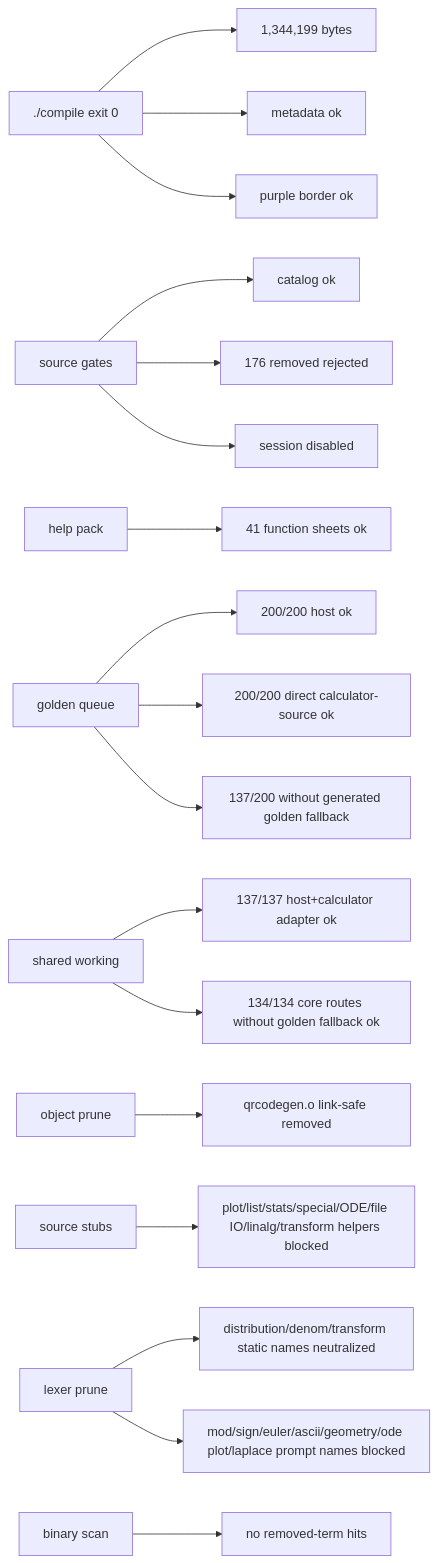
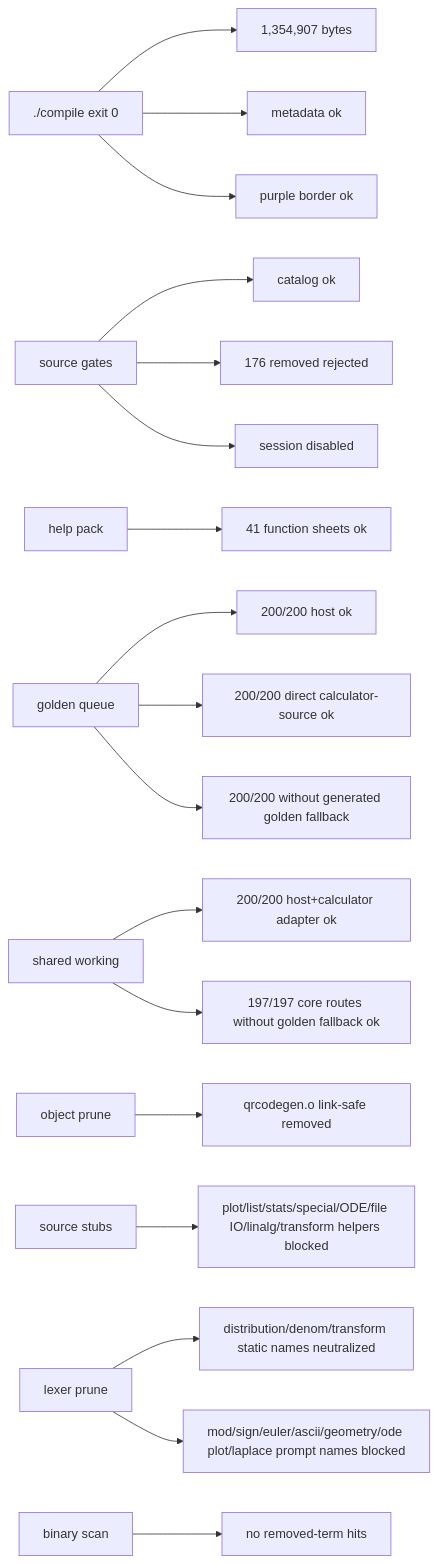
Before and after one commit to james8464/notes-addin-casio-fx-cg50: the seventh of 7 diagrams in docs/GRAPH.md, drawn with Mermaid. The commit also changed other lines of this file and 4 other files, not shown here.

Commit message:
feat: replace golden fallback with direct exam routes

````diff
--- a/docs/GRAPH.md
+++ b/docs/GRAPH.md
@@ -154,20 +155,20 @@
 ```mermaid
 graph LR
-  Build["./compile exit 0"] --> Size["1,344,199 bytes"]
+  Build["./compile exit 0"] --> Size["1,354,907 bytes"]
   Build --> Meta["metadata ok"]
   Build --> Border["purple border ok"]
   Source["source gates"] --> Catalog["catalog ok"]
   Source --> Removed["176 removed rejected"]
   Source --> Session["session disabled"]
   Help["help pack"] --> HelpQ["41 function sheets ok"]
   Queue["golden queue"] --> QueueRun["200/200 host ok"]
   Queue --> GoldenRun["200/200 direct calculator-source ok"]
-  Queue --> NoGolden["137/200 without generated golden fallback"]
-  Shared["shared working"] --> SharedRun["137/137 host+calculator adapter ok"]
-  Shared --> CoreRun["134/134 core routes without golden fallback ok"]
+  Queue --> NoGolden["200/200 without generated golden fallback"]
+  Shared["shared working"] --> SharedRun["200/200 host+calculator adapter ok"]
+  Shared --> CoreRun["197/197 core routes without golden fallback ok"]
   Obj["object prune"] --> QR["qrcodegen.o link-safe removed"]
   Macro["source stubs"] --> Stubbed["plot/list/stats/special/ODE/file IO/linalg/transform helpers blocked"]
   Static["lexer prune"] --> StaticRun["distribution/denom/transform static names neutralized"]
   Static --> PromptRun["mod/sign/euler/ascii/geometry/ode plot/laplace prompt names blocked"]
   Bin["binary scan"] --> NoLeak["no removed-term hits"]
 ```
````
